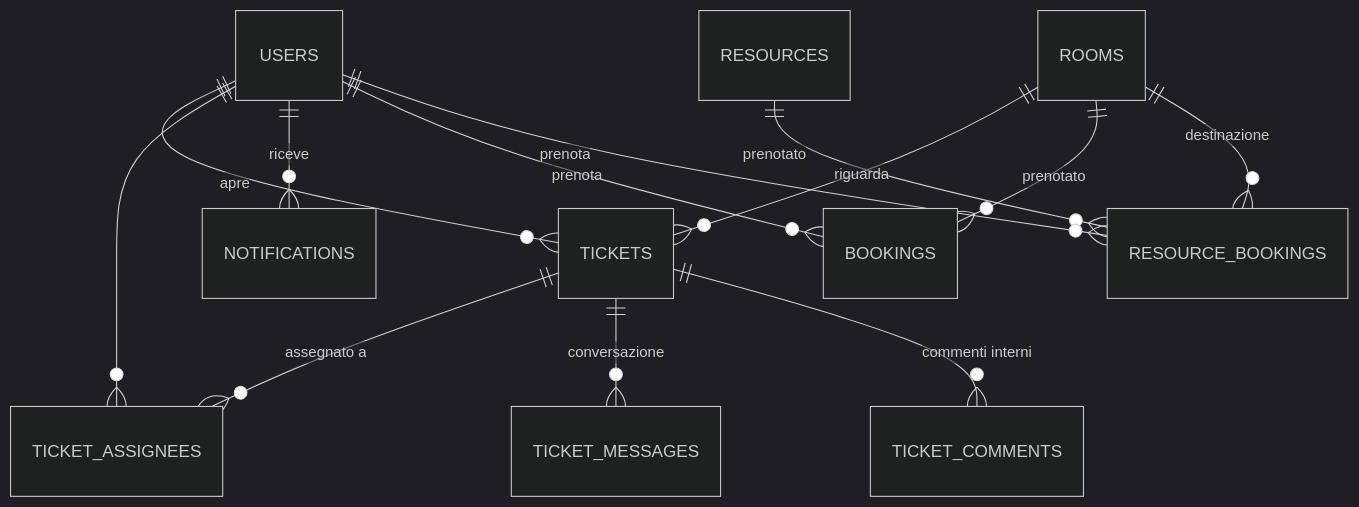
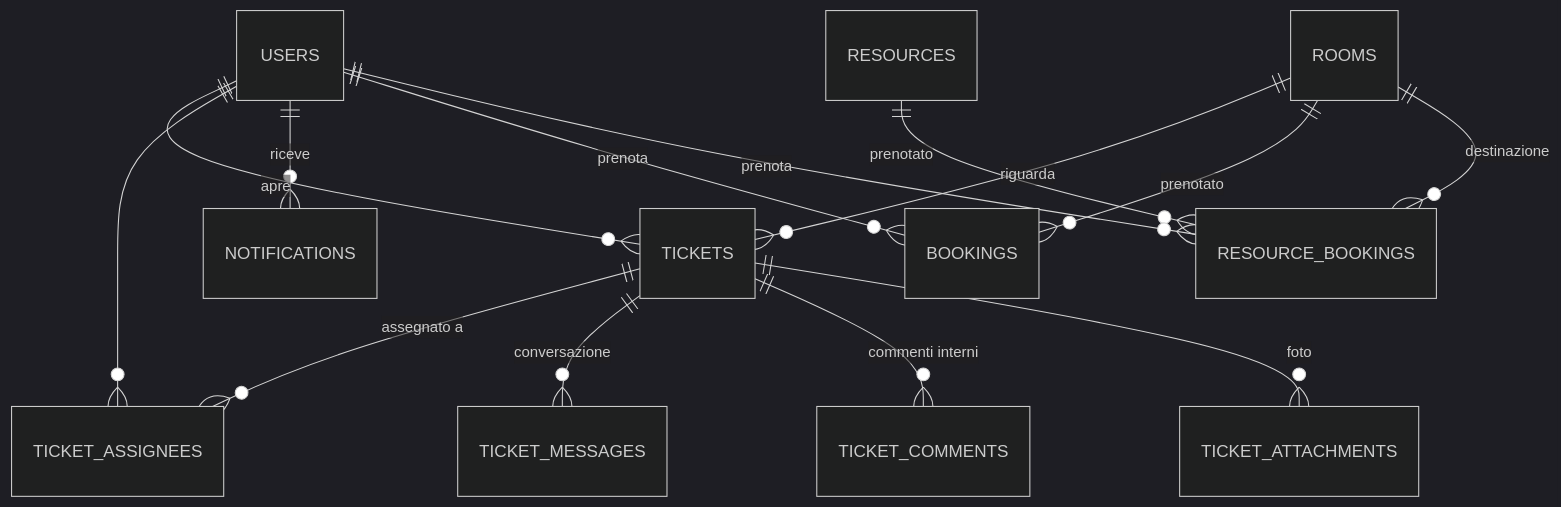
Before and after one commit to giovannidedonno03-hash/aula-monitor-system: the third of 3 diagrams in DOCUMENTAZIONE_TECNICA.md, drawn with Mermaid (dark theme). The commit also changed other lines of this file and 17 other files, not shown here.

Commit message:
Foto allegate ai ticket, risposta a un messaggio specifico, aggiornamento documentazione

````diff
--- a/DOCUMENTAZIONE_TECNICA.md
+++ b/DOCUMENTAZIONE_TECNICA.md
@@ -178,15 +181,16 @@
 ```mermaid
 erDiagram
     USERS ||--o{ TICKETS : "apre"
     ROOMS ||--o{ TICKETS : "riguarda"
     TICKETS ||--o{ TICKET_ASSIGNEES : "assegnato a"
     USERS ||--o{ TICKET_ASSIGNEES : ""
     TICKETS ||--o{ TICKET_MESSAGES : "conversazione"
     TICKETS ||--o{ TICKET_COMMENTS : "commenti interni"
+    TICKETS ||--o{ TICKET_ATTACHMENTS : "foto"
     USERS ||--o{ NOTIFICATIONS : "riceve"
     ROOMS ||--o{ BOOKINGS : "prenotato"
     USERS ||--o{ BOOKINGS : "prenota"
     RESOURCES ||--o{ RESOURCE_BOOKINGS : "prenotato"
     USERS ||--o{ RESOURCE_BOOKINGS : "prenota"
     ROOMS ||--o{ RESOURCE_BOOKINGS : "destinazione"
 ```
````
